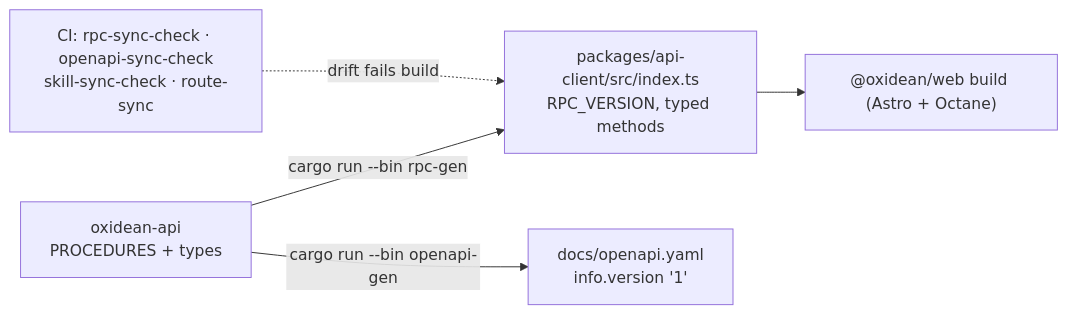
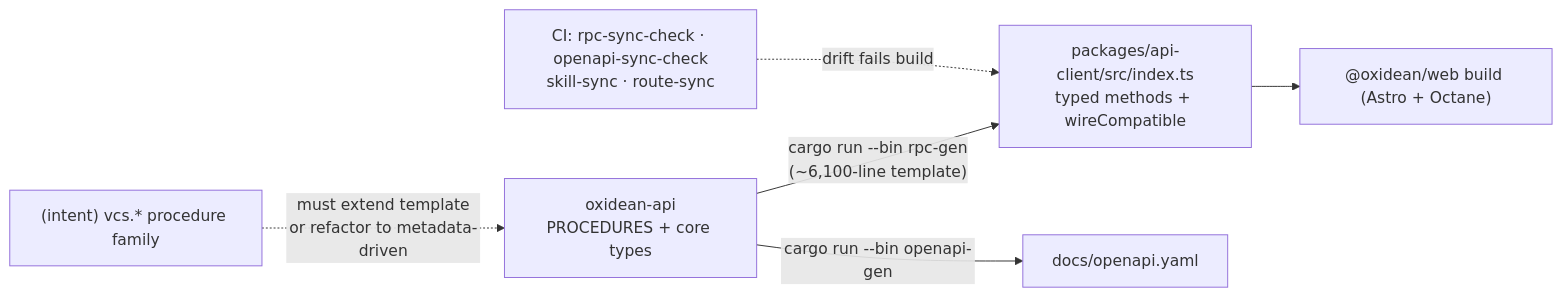
One commit to oxidean/oxidean changed the seventh of 7 diagrams in aidlc/spaces/default/codekb/oxidean-app/architecture.md. Above: the diagram before and after it, drawn with Mermaid. The commit also changed other lines of this file and 623 other files, not shown here.

````diff
--- a/aidlc/spaces/default/codekb/oxidean-app/architecture.md
+++ b/aidlc/spaces/default/codekb/oxidean-app/architecture.md
@@ -251,7 +275,8 @@
 ```mermaid
 flowchart LR
-    R["oxidean-api<br/>PROCEDURES + types"] -->|cargo run --bin rpc-gen| Gen["packages/api-client/src/index.ts<br/>RPC_VERSION, typed methods"]
-    R -->|cargo run --bin openapi-gen| OAS["docs/openapi.yaml<br/>info.version '1'"]
+    R["oxidean-api<br/>PROCEDURES + core types"] -->|"cargo run --bin rpc-gen<br/>(~6,100-line template)"| Gen["packages/api-client/src/index.ts<br/>typed methods + wireCompatible"]
+    R -->|"cargo run --bin openapi-gen"| OAS["docs/openapi.yaml"]
     Gen --> Web["@oxidean/web build (Astro + Octane)"]
-    CI2["CI: rpc-sync-check · openapi-sync-check<br/>skill-sync-check · route-sync"] -. drift fails build .-> Gen
+    CI["CI: rpc-sync-check · openapi-sync-check<br/>skill-sync · route-sync"] -. drift fails build .-> Gen
+    NewFam["(intent) vcs.* procedure family"] -. "must extend template<br/>or refactor to metadata-driven" .-> R
 ```
````
